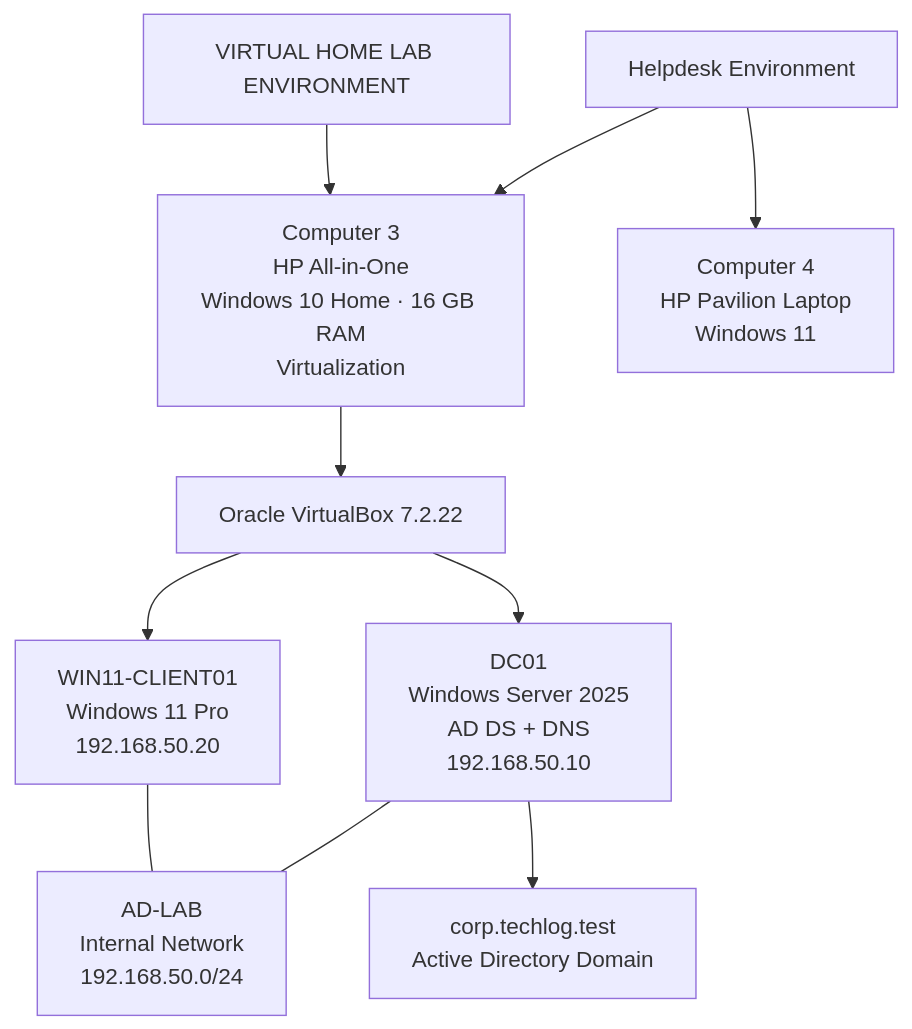
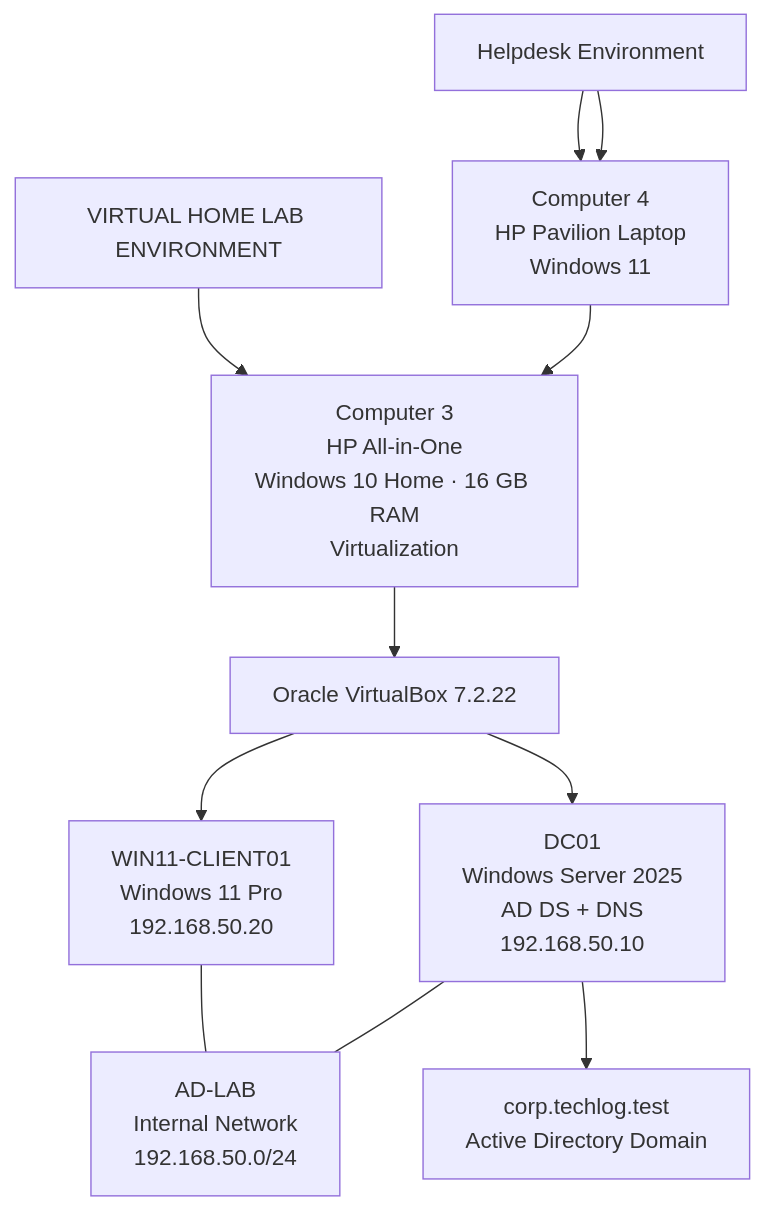
Before and after one commit to aang81a/my-it-support-portfolio: the second of 2 diagrams in PROJECTS/01-lab-environment/lab-environment-overview.md, drawn with Mermaid.

````diff
--- a/PROJECTS/01-lab-environment/lab-environment-overview.md
+++ b/PROJECTS/01-lab-environment/lab-environment-overview.md
@@ -47,25 +47,25 @@
 ```mermaid
 flowchart TB
     HOME["VIRTUAL HOME LAB ENVIRONMENT"]
     TITLE["Helpdesk Environment"]
 
     C3["Computer 3<br/>HP All-in-One<br/>Windows 10 Home · 16 GB RAM<br/>Virtualization"]
     C4["Computer 4<br/>HP Pavilion Laptop<br/>Windows 11"]
 
     VB["Oracle VirtualBox 7.2.22"]
     CLIENT["WIN11-CLIENT01<br/>Windows 11 Pro<br/>192.168.50.20"]
     SERVER["DC01<br/>Windows Server 2025<br/>AD DS + DNS<br/>192.168.50.10"]
     NETWORK["AD-LAB<br/>Internal Network<br/>192.168.50.0/24"]
     DOMAIN["corp.techlog.test<br/>Active Directory Domain"]
 
     HOME --> C3
     TITLE --> C4
-    TITLE --> C3
+    TITLE --> C4 --> C3
 
     C3 --> VB
     VB --> CLIENT
     VB --> SERVER
     CLIENT --- NETWORK
     SERVER --- NETWORK
     SERVER --> DOMAIN
 ```
````
